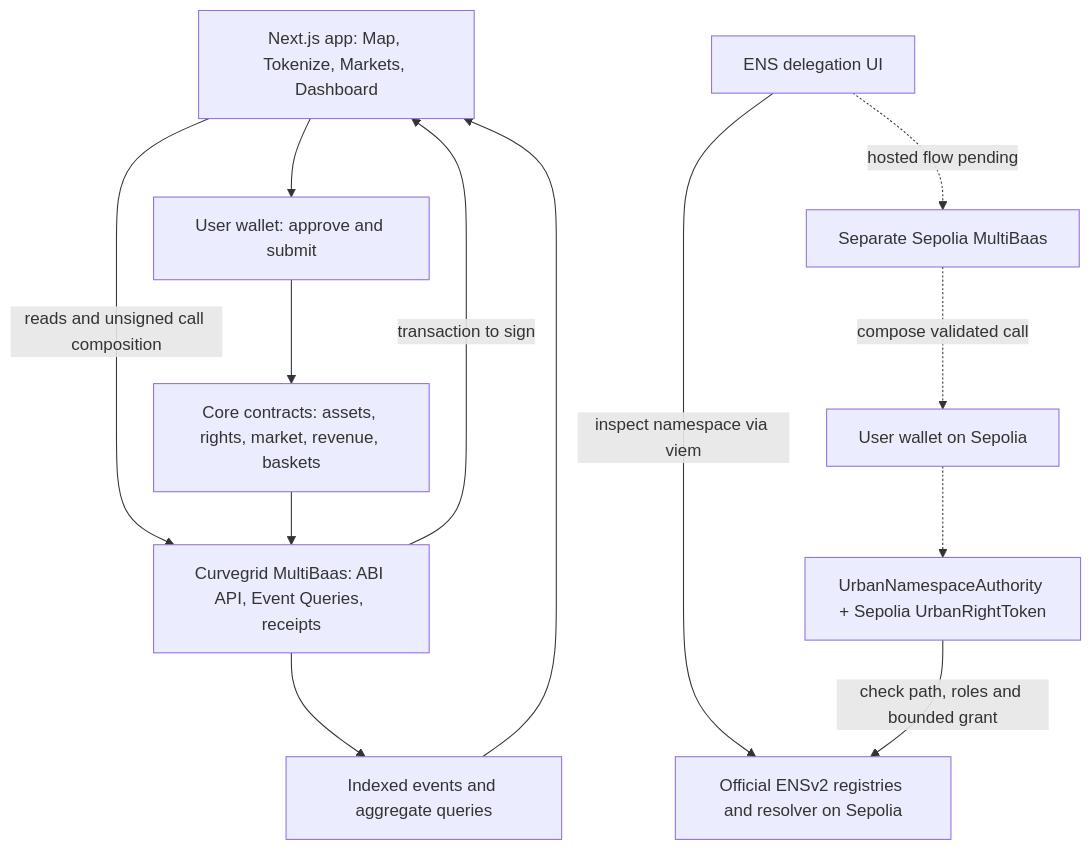
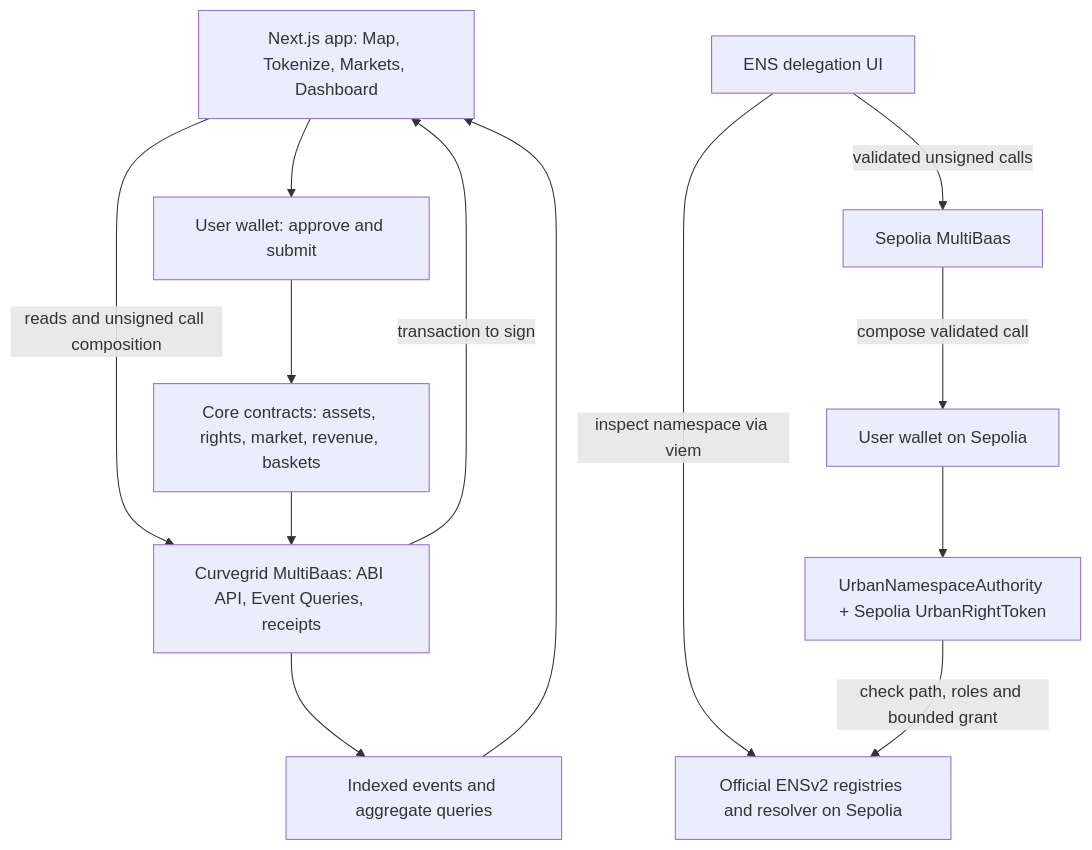
The diagram in README.md (natsukingly/tokenize-tokyo), drawn with Mermaid before and after one commit. The commit also changed other lines of this file and 110 other files, not shown here.

````diff
--- a/README.md
+++ b/README.md
@@ -81,23 +87,23 @@
 ```mermaid
 flowchart TD
     UI["Next.js app: Map, Tokenize, Markets, Dashboard"]
     MB["Curvegrid MultiBaas: ABI API, Event Queries, receipts"]
     WALLET["User wallet: approve and submit"]
     CORE["Core contracts: assets, rights, market, revenue, baskets"]
     EVENTS["Indexed events and aggregate queries"]
     ENSUI["ENS delegation UI"]
     ENS["Official ENSv2 registries and resolver on Sepolia"]
     AUTH["UrbanNamespaceAuthority + Sepolia UrbanRightToken"]
 
     UI -->|"reads and unsigned call composition"| MB
     MB -->|"transaction to sign"| UI
     UI --> WALLET
     WALLET --> CORE
     CORE --> MB
     MB --> EVENTS --> UI
     ENSUI -->|"inspect namespace via viem"| ENS
-    ENSUI -.->|"hosted flow pending"| ENSMB["Separate Sepolia MultiBaas"]
-    ENSMB -.->|"compose validated call"| ENSWALLET["User wallet on Sepolia"]
-    ENSWALLET -.-> AUTH
+    ENSUI -->|"validated unsigned calls"| ENSMB["Sepolia MultiBaas"]
+    ENSMB -->|"compose validated call"| ENSWALLET["User wallet on Sepolia"]
+    ENSWALLET --> AUTH
     AUTH -->|"check path, roles and bounded grant"| ENS
 ```
````
